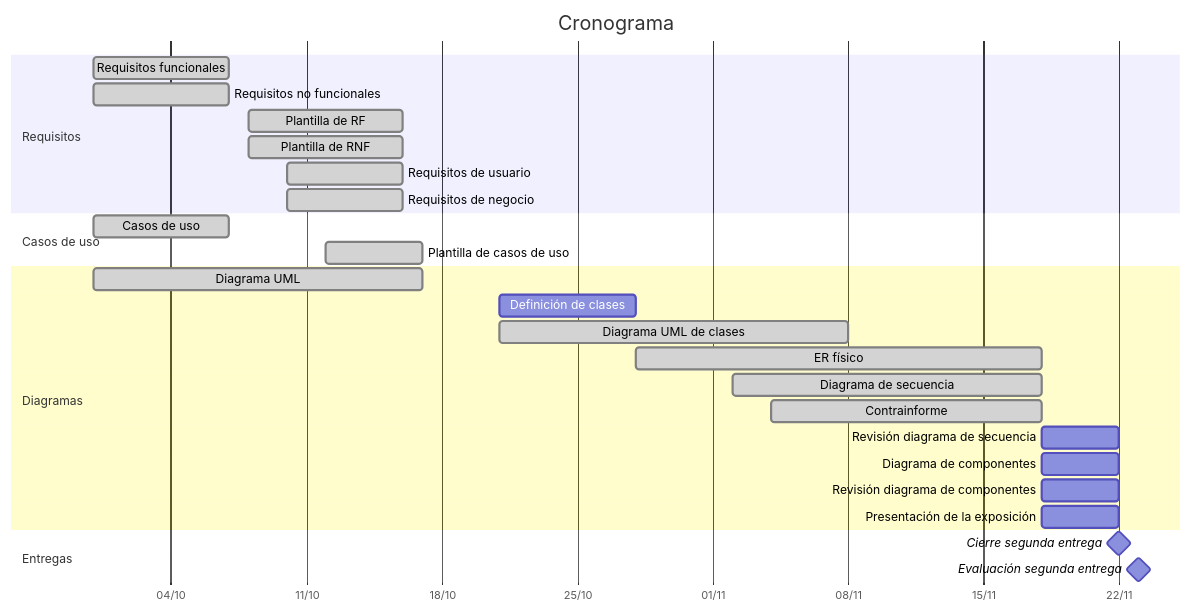
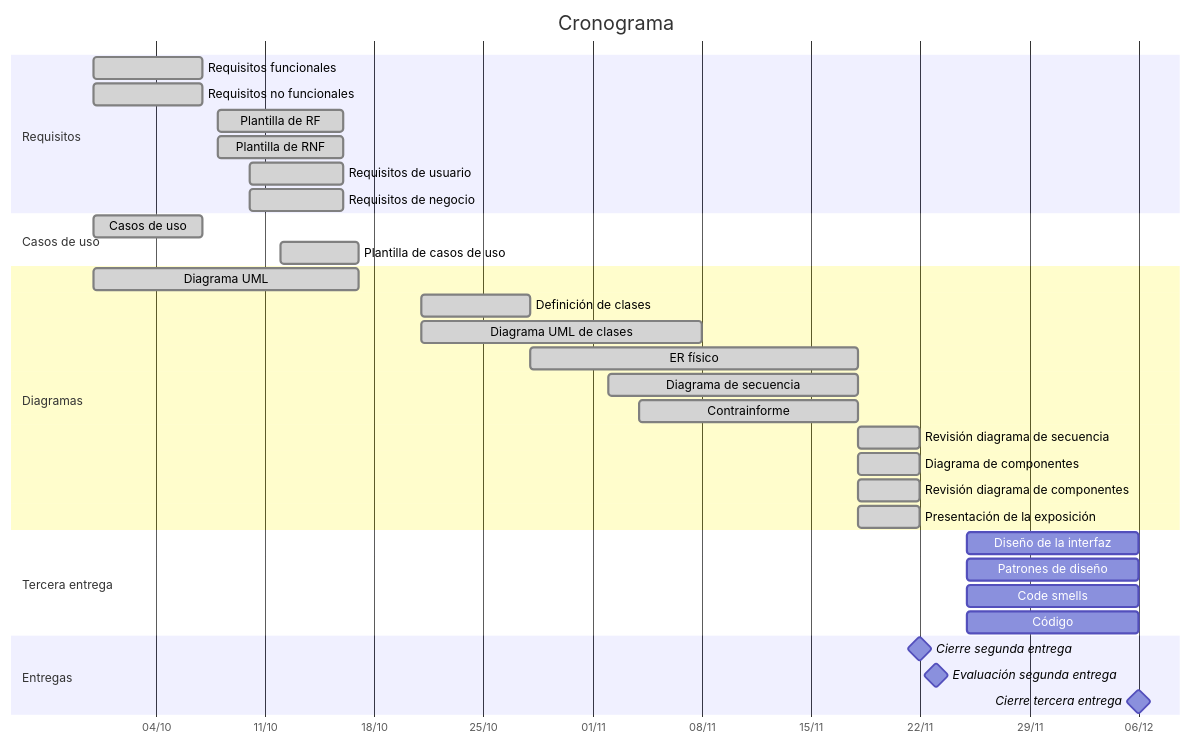
The diagram in Planificacion/Planificación.md (EVerjanoPerez/Grupo-Al-khwarizmi), drawn with Mermaid before and after one commit. The commit also changed other lines of this file and 1 other file, not shown here.

Commit message:
Planificación de la tercera entrega

````diff
--- a/Planificacion/Planificación.md
+++ b/Planificacion/Planificación.md
@@ -68,30 +80,36 @@
 ```mermaid
 gantt
     title Cronograma
     dateFormat YYYY-MM-DD
     axisFormat %d/%m
     section Requisitos
     Requisitos funcionales           :done, rf, 2026-09-30, 2026-10-07
     Requisitos no funcionales        :done, rnf, 2026-09-30, 2026-10-07
     Plantilla de RF                  :done, prf, 2026-10-08, 2026-10-16
     Plantilla de RNF                 :done, prnf, 2026-10-08, 2026-10-16
     Requisitos de usuario            :done, ru, 2026-10-10, 2026-10-16
     Requisitos de negocio            :done, rn, 2026-10-10, 2026-10-16
     section Casos de uso
     Casos de uso                     :done, cu, 2026-09-30, 2026-10-07
     Plantilla de casos de uso        :done, pcu, 2026-10-12, 2026-10-17
     section Diagramas
     Diagrama UML                     :done, uml, 2026-09-30, 2026-10-17
-    Definición de clases             :dcl, 2026-10-21, 2026-10-28
+    Definición de clases             :done, dcl, 2026-10-21, 2026-10-28
     Diagrama UML de clases           :done, uc, 2026-10-21, 2026-11-08
     ER físico                        :done, er, 2026-10-28, 2026-11-18
     Diagrama de secuencia            :done, ds, 2026-11-02, 2026-11-18
     Contrainforme                    :done, ci, 2026-11-04, 2026-11-18
-    Revisión diagrama de secuencia   :rds, 2026-11-18, 2026-11-22
-    Diagrama de componentes          :co, 2026-11-18, 2026-11-22
-    Revisión diagrama de componentes :rco, 2026-11-18, 2026-11-22
-    Presentación de la exposición    :pres, 2026-11-18, 2026-11-22
+    Revisión diagrama de secuencia   :done, rds, 2026-11-18, 2026-11-22
+    Diagrama de componentes          :done, co, 2026-11-18, 2026-11-22
+    Revisión diagrama de componentes :done, rco, 2026-11-18, 2026-11-22
+    Presentación de la exposición    :done, pres, 2026-11-18, 2026-11-22
+    section Tercera entrega
+    Diseño de la interfaz            :ui, 2026-11-25, 2026-12-06
+    Patrones de diseño               :pd, 2026-11-25, 2026-12-06
+    Code smells                      :cs, 2026-11-25, 2026-12-06
+    Código                           :cod, 2026-11-25, 2026-12-06
     section Entregas
     Cierre segunda entrega           :milestone, e2, 2026-11-22, 0d
     Evaluación segunda entrega       :milestone, ev2, 2026-11-23, 0d
+    Cierre tercera entrega           :milestone, e3, 2026-12-06, 0d
 ```
````
